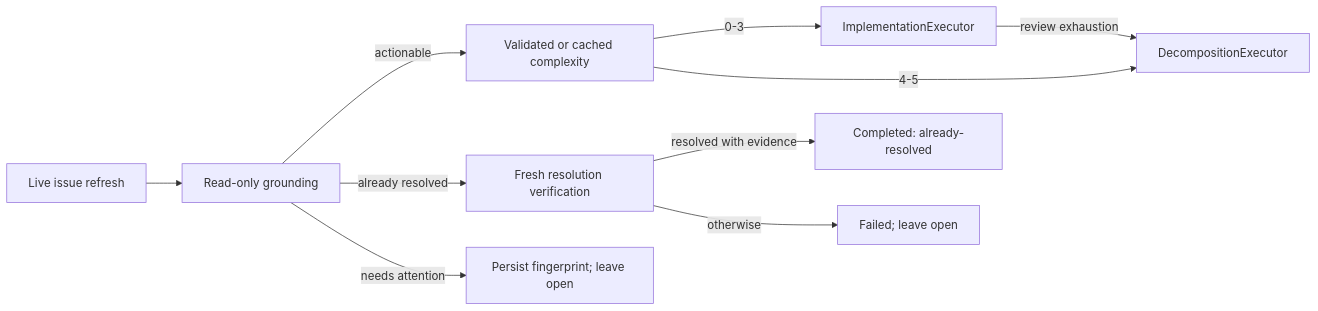
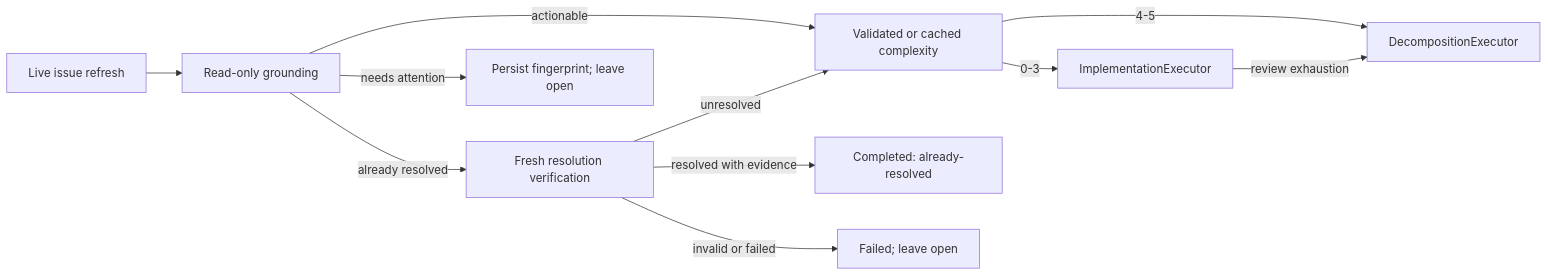
The third of 6 diagrams in docs/end-to-end-execution.md (beremaran/ralphie), drawn with Mermaid before and after one commit. The commit also changed other lines of this file and 10 other files, not shown here.

````diff
--- a/docs/end-to-end-execution.md
+++ b/docs/end-to-end-execution.md
@@ -240,12 +242,13 @@
 ```mermaid
 flowchart LR
     A["Live issue refresh"] --> B["Read-only grounding"]
     B -->|actionable| C["Validated or cached complexity"]
     B -->|already resolved| D["Fresh resolution verification"]
     B -->|needs attention| E["Persist fingerprint; leave open"]
     C -->|0-3| F["ImplementationExecutor"]
     C -->|4-5| G["DecompositionExecutor"]
     F -->|review exhaustion| G
     D -->|resolved with evidence| H["Completed: already-resolved"]
-    D -->|otherwise| I["Failed; leave open"]
+    D -->|unresolved| C
+    D -->|invalid or failed| I["Failed; leave open"]
 ```
````
